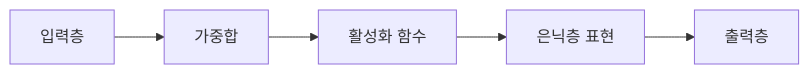
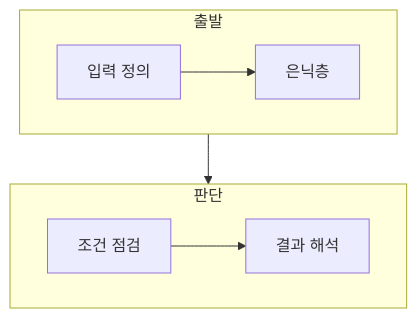
The diagram in ComputerScience/03_ai-ml-data/artificial-intelligence/notes/01. MLP 이론 - 다층 표현.md (umyunsang/edu), drawn with Mermaid before and after one commit. The commit also changed other lines of this file and 9 other files, not shown here.

````diff
--- a/ComputerScience/03_ai-ml-data/artificial-intelligence/notes/01. MLP 이론 - 다층 표현.md
+++ b/ComputerScience/03_ai-ml-data/artificial-intelligence/notes/01. MLP 이론 - 다층 표현.md
@@ -20,7 +23,12 @@
 ```mermaid
-flowchart LR
-  A[입력층] --> B[가중합]
-  B --> C[활성화 함수]
-  C --> D[은닉층 표현]
-  D --> E[출력층]
+flowchart TB
+    subgraph Input[출발]
+        direction LR
+        A[입력 정의] --> B[은닉층]
+    end
+    subgraph Decision[판단]
+        direction LR
+        C[조건 점검] --> D[결과 해석]
+    end
+    B --> C
 ```
````
